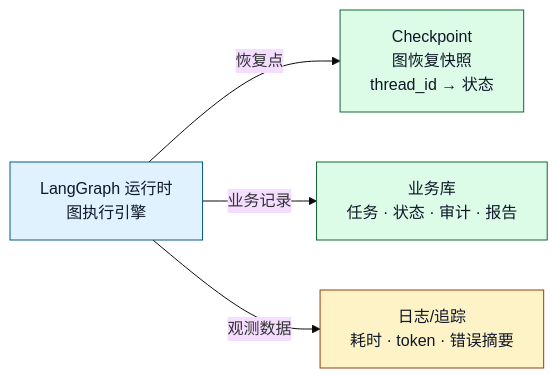
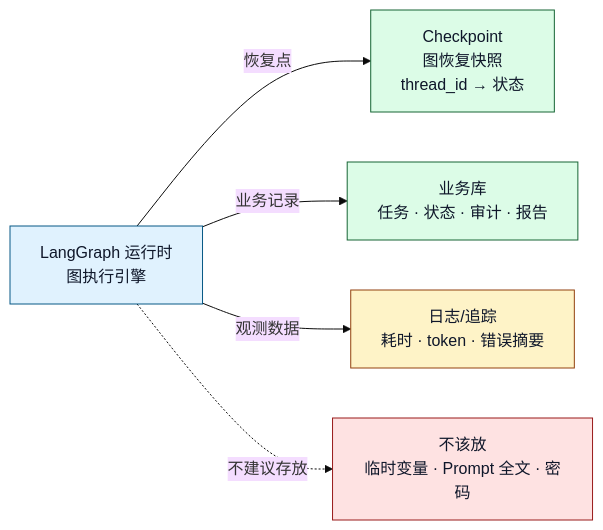
The ninth of 13 diagrams in ai-agent学习/06.LangGraph入门/16.LangGraph业务落地项目架构.md (sealzrt/2026-08--agent), drawn with Mermaid (base theme) before and after one commit. The commit also changed other lines of this file and 95 other files, not shown here.

````diff
--- a/ai-agent学习/06.LangGraph入门/16.LangGraph业务落地项目架构.md
+++ b/ai-agent学习/06.LangGraph入门/16.LangGraph业务落地项目架构.md
@@ -346,12 +389,15 @@
 ```mermaid
 flowchart LR
     Runtime["LangGraph 运行时<br/>图执行引擎"] -->|恢复点| Checkpoint["Checkpoint<br/>图恢复快照<br/>thread_id → 状态"]
     Runtime -->|业务记录| Business["业务库<br/>任务 · 状态 · 审计 · 报告"]
     Runtime -->|观测数据| Logs["日志/追踪<br/>耗时 · token · 错误摘要"]
+    Runtime -.->|不建议存放| Bad["不该放<br/>临时变量 · Prompt 全文 · 密码"]
     classDef core fill:#e0f2fe,stroke:#075985,color:#0f172a
     classDef cap fill:#dcfce7,stroke:#166534,color:#0f172a
     classDef biz fill:#fef3c7,stroke:#92400e,color:#0f172a
+    classDef warn fill:#fee2e2,stroke:#991b1b,color:#0f172a
     class Runtime core
     class Checkpoint,Business cap
     class Logs biz
+    class Bad warn
 ```
````
